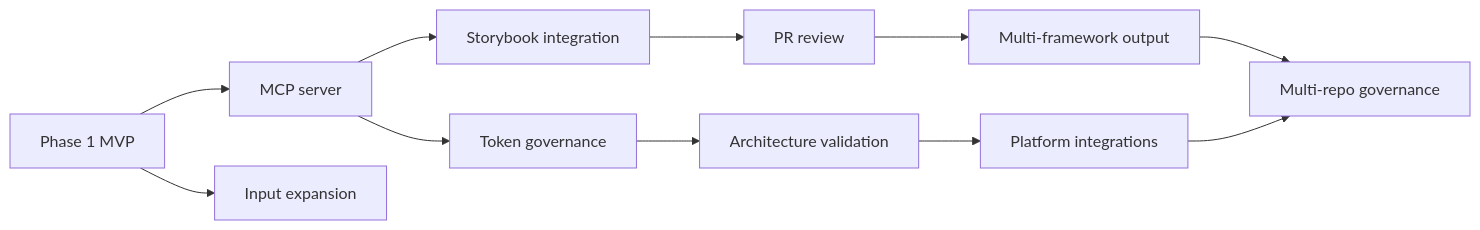
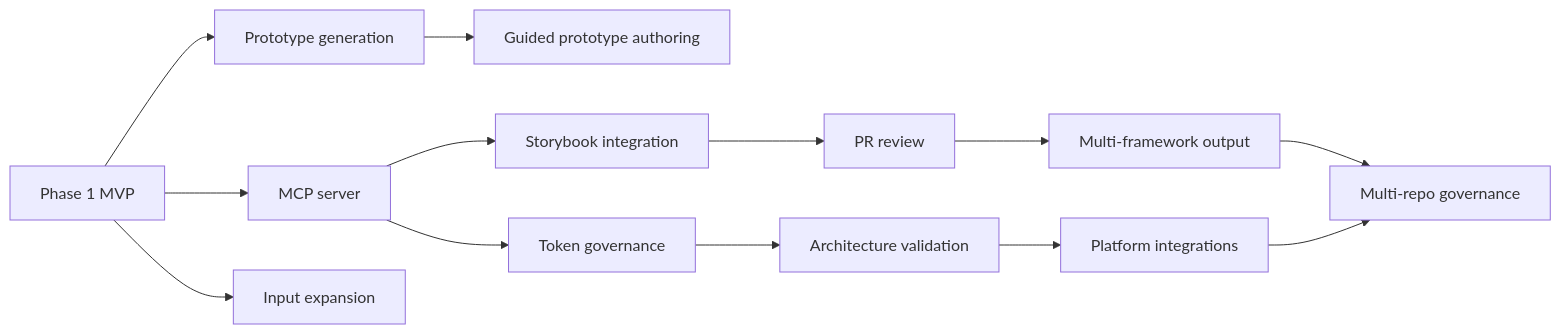
Before and after one commit to IsharaKumararathna/AI_FE_ENG: the diagram in Docs/04-cross-cutting/09-future-roadmap.md, drawn with Mermaid. The commit also changed other lines of this file and 13 other files, not shown here.

Commit message:
Enhance system architecture with Prototype Conformance Review and Generator

````diff
--- a/Docs/04-cross-cutting/09-future-roadmap.md
+++ b/Docs/04-cross-cutting/09-future-roadmap.md
@@ -30,13 +36,15 @@
 ```mermaid
 flowchart LR
-    P1[Phase 1 MVP] --> P2M[MCP server]
+    P1[Phase 1 MVP] --> P15[Prototype generation]
+    P1 --> P2M[MCP server]
     P1 --> P2I[Input expansion]
+    P15 --> P2G[Guided prototype authoring]
     P2M --> P3S[Storybook integration]
     P2M --> P3T[Token governance]
     P3S --> P4P[PR review]
     P3T --> P4A[Architecture validation]
     P4P --> P5F[Multi-framework output]
     P4A --> P5G[Platform integrations]
     P5F --> P5M[Multi-repo governance]
     P5G --> P5M
 ```
````
